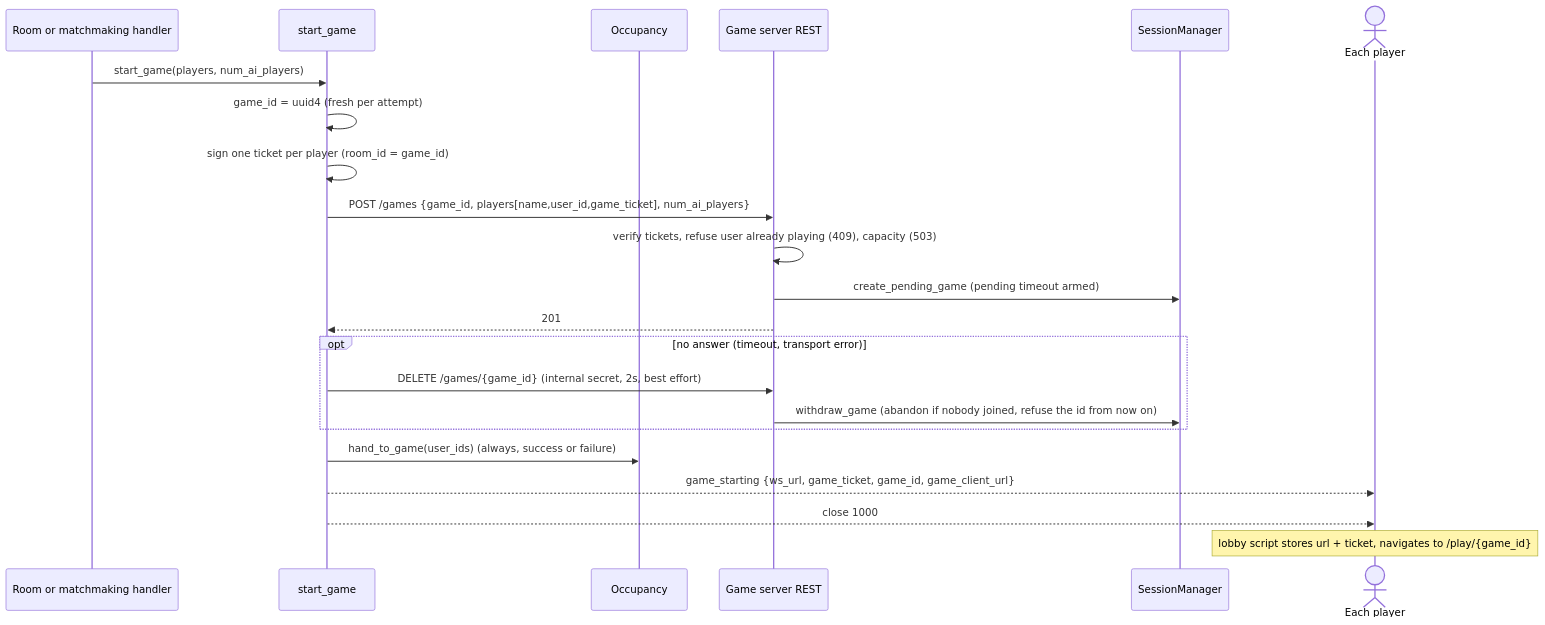
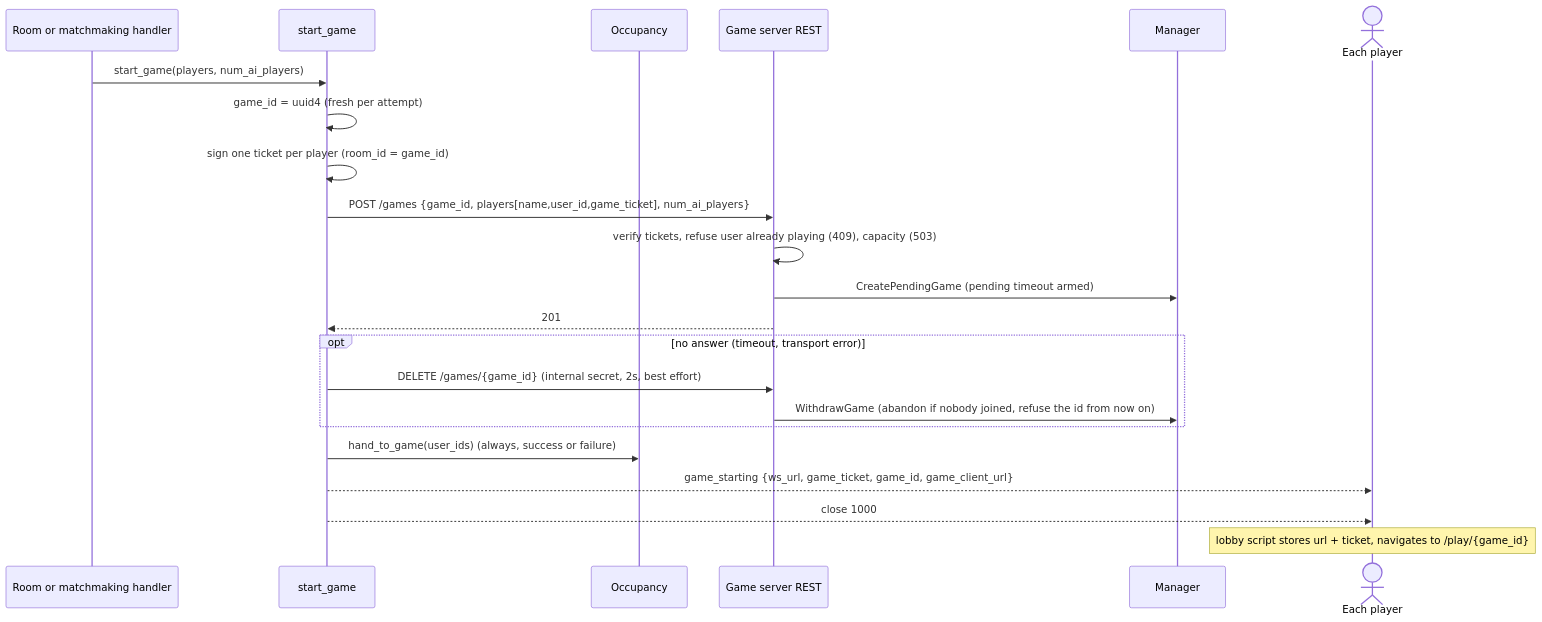
One commit to MahjongRepository/ronin changed the sixth of 8 diagrams in docs/architecture.md. Above: the diagram before and after it, drawn with Mermaid. The commit also changed other lines of this file and 254 other files, not shown here.

````diff
--- a/docs/architecture.md
+++ b/docs/architecture.md
@@ -324,25 +326,25 @@
 ```mermaid
 sequenceDiagram
     participant C as Room or matchmaking handler
     participant T as start_game
     participant O as Occupancy
     participant GS as Game server REST
-    participant SM as SessionManager
+    participant SM as Manager
     actor P as Each player
 
     C->>T: start_game(players, num_ai_players)
     T->>T: game_id = uuid4 (fresh per attempt)
     T->>T: sign one ticket per player (room_id = game_id)
     T->>GS: POST /games {game_id, players[name,user_id,game_ticket], num_ai_players}
     GS->>GS: verify tickets, refuse user already playing (409), capacity (503)
-    GS->>SM: create_pending_game (pending timeout armed)
+    GS->>SM: CreatePendingGame (pending timeout armed)
     GS-->>T: 201
     opt no answer (timeout, transport error)
         T->>GS: DELETE /games/{game_id} (internal secret, 2s, best effort)
-        GS->>SM: withdraw_game (abandon if nobody joined, refuse the id from now on)
+        GS->>SM: WithdrawGame (abandon if nobody joined, refuse the id from now on)
     end
     T->>O: hand_to_game(user_ids) (always, success or failure)
     T-->>P: game_starting {ws_url, game_ticket, game_id, game_client_url}
     T-->>P: close 1000
     Note over P: lobby script stores url + ticket, navigates to /play/{game_id}
 ```
````
